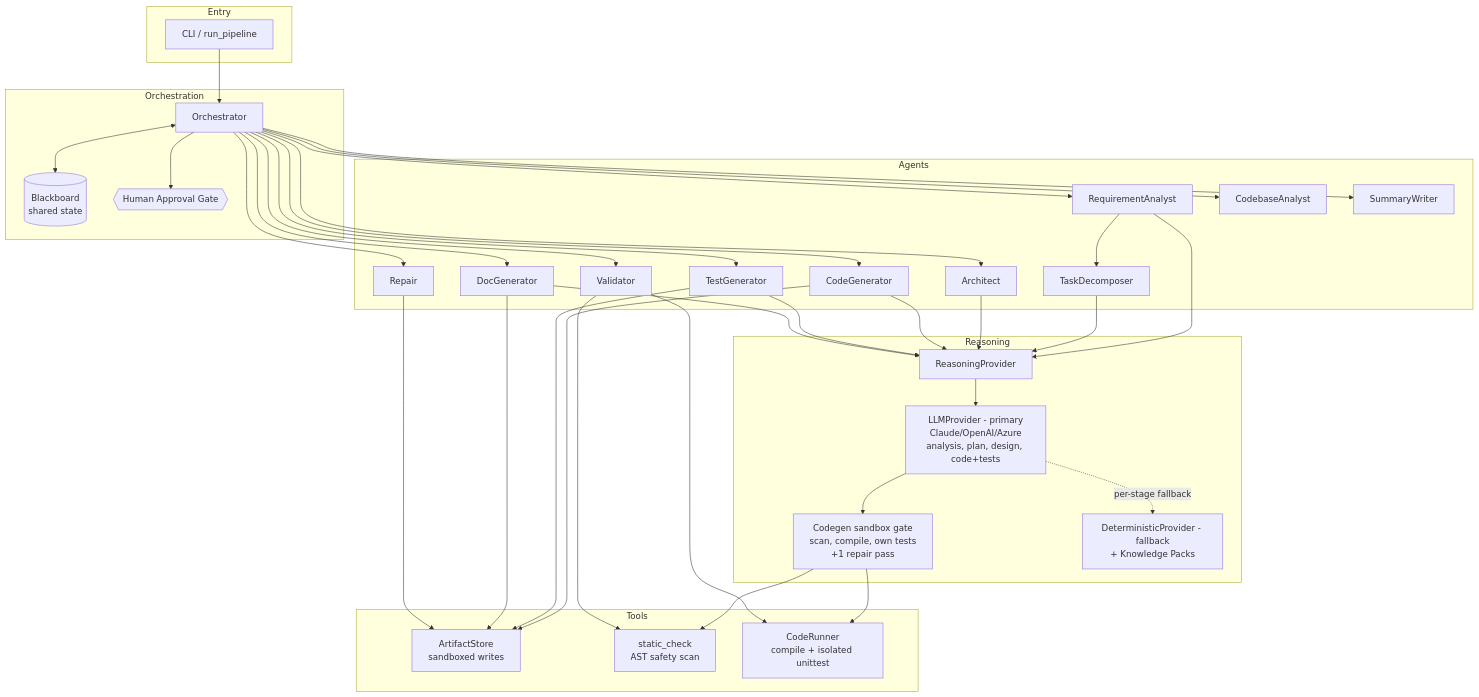
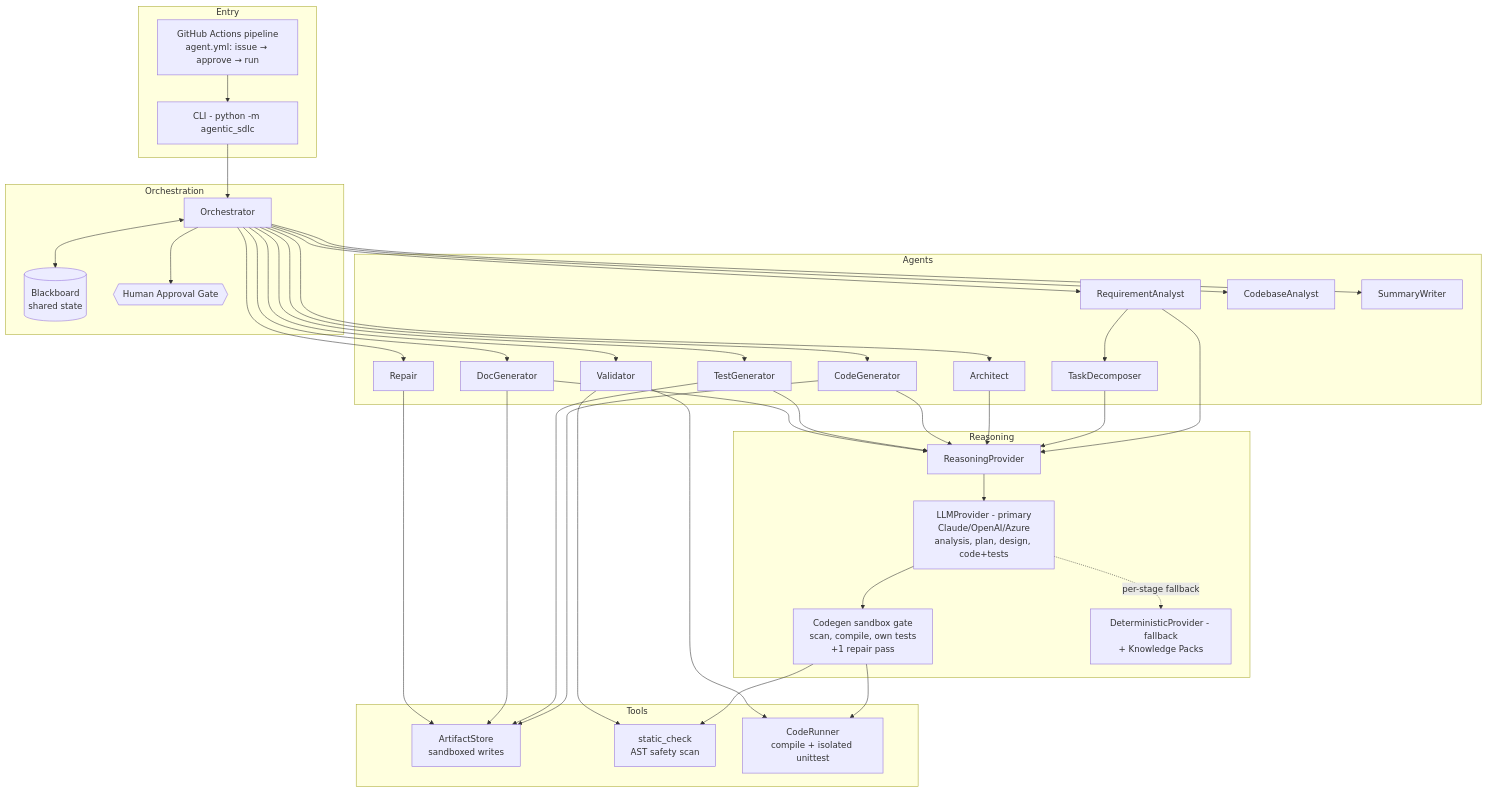
The first of 3 diagrams in docs/ARCHITECTURE.md (ummarvali/AgenticSoftware), drawn with Mermaid before and after one commit. The commit also changed other lines of this file and 1 other file, not shown here.

Commit message:
README/architecture: flow and diagrams show the Claude agentic path in the pipeline

````diff
--- a/docs/ARCHITECTURE.md
+++ b/docs/ARCHITECTURE.md
@@ -15,52 +15,54 @@
 ```mermaid
 flowchart TB
     subgraph Entry
-        CLI[CLI / run_pipeline]
+        GHA[GitHub Actions pipeline\nagent.yml: issue → approve → run]
+        CLI[CLI - python -m agentic_sdlc]
     end
 
     subgraph Orchestration
         ORCH[Orchestrator]
         BB[(Blackboard\nshared state)]
         GATE{{Human Approval Gate}}
     end
 
     subgraph Reasoning
         PROV[ReasoningProvider]
         LLM[LLMProvider - primary\nClaude/OpenAI/Azure\nanalysis, plan, design, code+tests]
         GATEC[Codegen sandbox gate\nscan, compile, own tests\n+1 repair pass]
         DET[DeterministicProvider - fallback\n+ Knowledge Packs]
     end
 
     subgraph Agents
         AN[RequirementAnalyst]
         DEC[TaskDecomposer]
         ARCH[Architect]
         IMP[CodebaseAnalyst]
         COD[CodeGenerator]
         TST[TestGenerator]
         DOC[DocGenerator]
         VAL[Validator]
         REP[Repair]
         SUM[SummaryWriter]
     end
 
     subgraph Tools
         FS[ArtifactStore\nsandboxed writes]
         SCAN[static_check\nAST safety scan]
         RUN[CodeRunner\ncompile + isolated unittest]
     end
 
+    GHA --> CLI
     CLI --> ORCH
     ORCH <--> BB
     ORCH --> GATE
     ORCH --> AN --> DEC
     ORCH --> ARCH & IMP & COD & TST & DOC & VAL & REP & SUM
     AN & DEC & ARCH & COD & TST & DOC --> PROV
     PROV --> LLM
     LLM --> GATEC
     LLM -. per-stage fallback .-> DET
     GATEC --> SCAN & RUN
     COD & TST & DOC & REP --> FS
     VAL --> SCAN
     VAL --> RUN
 ```
````
